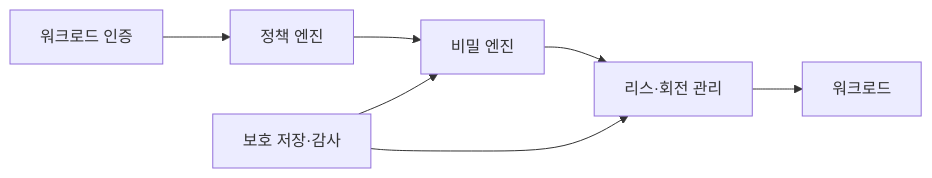
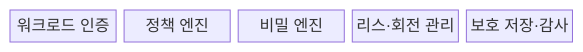
Before and after one commit to agnusdei1207/knowledge-base: the first of 2 diagrams in src/content/docs/notes/05-security/077_secrets_management_vault_aws_secrets.md, drawn with Mermaid. The commit also changed other lines of this file and 8 other files, not shown here.

````diff
--- a/src/content/docs/notes/05-security/077_secrets_management_vault_aws_secrets.md
+++ b/src/content/docs/notes/05-security/077_secrets_management_vault_aws_secrets.md
@@ -61,9 +61,9 @@
 ```mermaid
-flowchart LR
-    A[워크로드 인증] --> B[정책 엔진]
-    B --> C[비밀 엔진]
-    C --> D[리스·회전 관리]
-    D --> E[워크로드]
-    F[보호 저장·감사] --> C
-    F --> D
+block-beta
+  columns 5
+  A["워크로드 인증"]
+  B["정책 엔진"]
+  C["비밀 엔진"]
+  D["리스·회전 관리"]
+  E["보호 저장·감사"]
 ```
````
